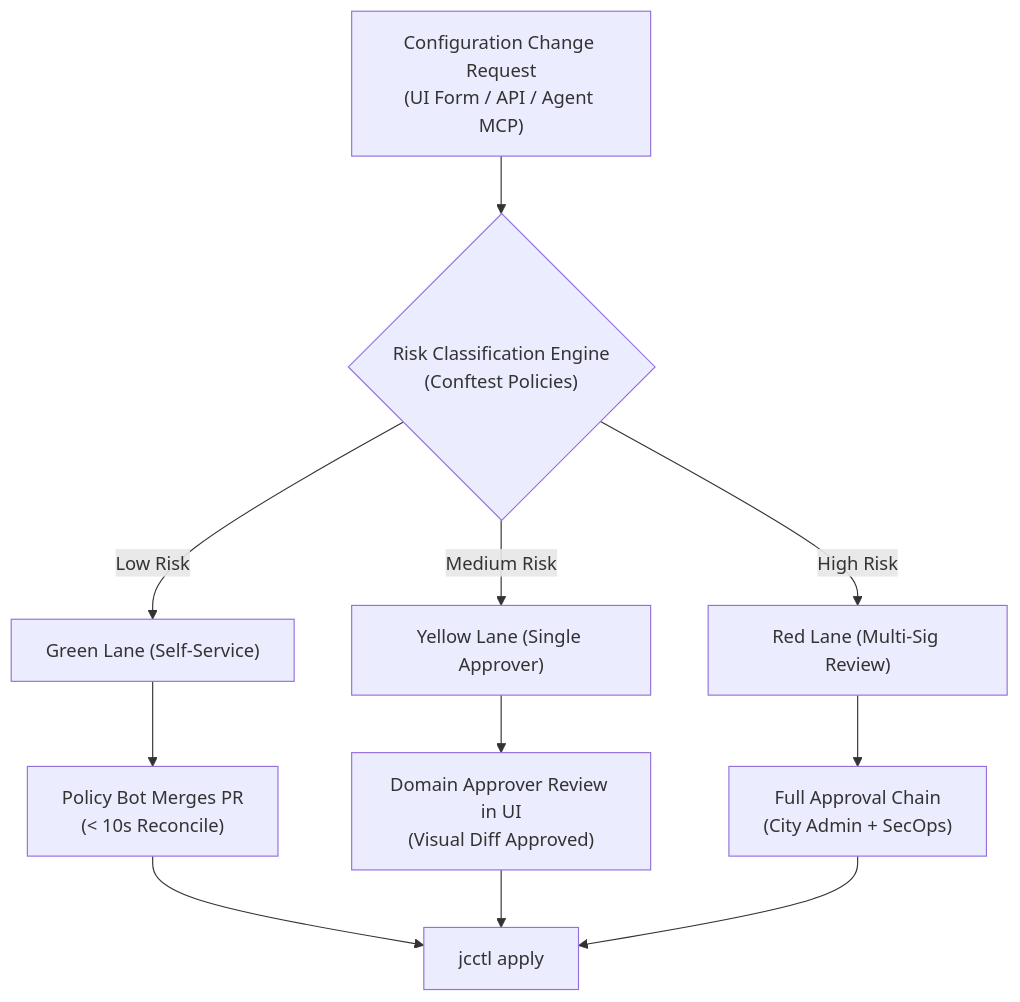
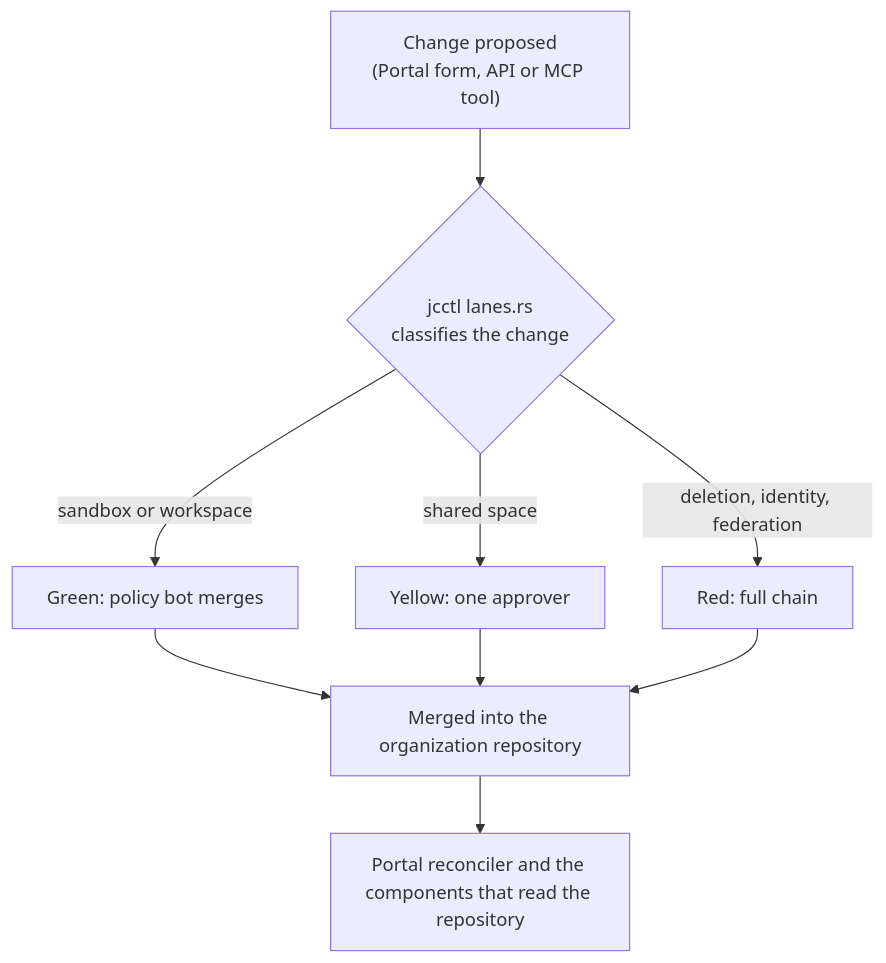
One commit to marek-mraz-jc/joinedcontext-docs changed the diagram in Operations/03-governance.md. Above: the diagram before and after it, drawn with Mermaid. The commit also changed other lines of this file and 3 other files, not shown here.

Commit message:
T-2197 T-2198 T-2199 T-2200: docs: the four Operations pages say what the charts and the code actually do (T-2197..T-2200; OPS-02, OPS-04, OPS-42, PL-11, PL-12, GW26, CC-63)

````diff
--- a/Operations/03-governance.md
+++ b/Operations/03-governance.md
@@ -17,19 +17,16 @@
 ```mermaid
 flowchart TD
-    CHANGE["Configuration Change Request<br/>(UI Form / API / Agent MCP)"]
-    RISK{"Risk Classification Engine<br/>(Conftest Policies)"}
-    
+    CHANGE["Change proposed<br/>(Portal form, API or MCP tool)"]
+    RISK{"jcctl lanes.rs<br/>classifies the change"}
+
     CHANGE --> RISK
-    
-    RISK -->|Low Risk| GREEN["Green Lane (Self-Service)"]
-    RISK -->|Medium Risk| YELLOW["Yellow Lane (Single Approver)"]
-    RISK -->|High Risk| RED["Red Lane (Multi-Sig Review)"]
-    
-    GREEN --> AUTO["Policy Bot Merges PR<br/>(< 10s Reconcile)"]
-    YELLOW --> DOMAIN["Domain Approver Review in UI<br/>(Visual Diff Approved)"]
-    RED --> MULTI["Full Approval Chain<br/>(City Admin + SecOps)"]
-    
-    AUTO --> APPLY["jcctl apply"]
-    DOMAIN --> APPLY
-    MULTI --> APPLY
+
+    RISK -->|sandbox or workspace| GREEN["Green: policy bot merges"]
+    RISK -->|shared space| YELLOW["Yellow: one approver"]
+    RISK -->|deletion, identity, federation| RED["Red: full chain"]
+
+    GREEN --> MERGE["Merged into the organization repository"]
+    YELLOW --> MERGE
+    RED --> MERGE
+    MERGE --> LIVE["Portal reconciler and the components that read the repository"]
 ```
````
